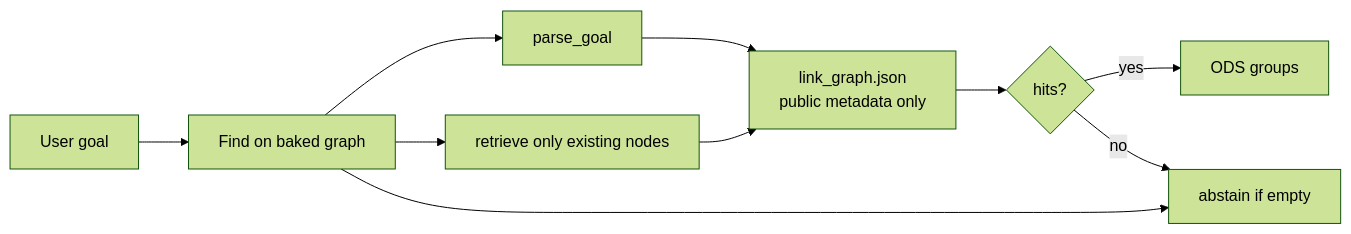
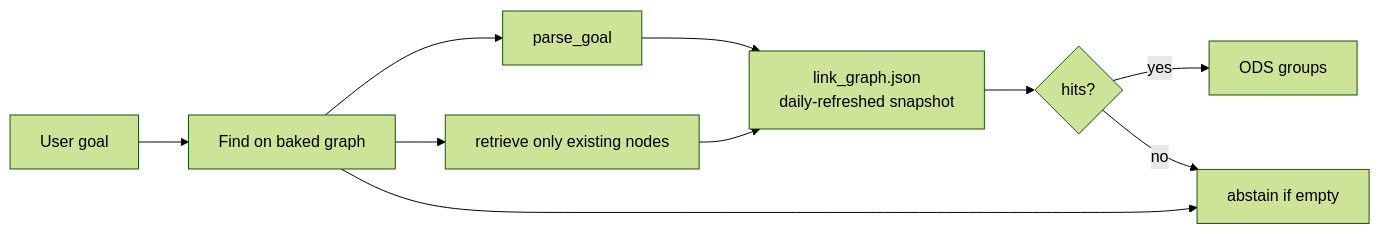
The first of 2 diagrams in README.md (qxiong888/cancer-output-atlas), drawn with Mermaid (forest theme) before and after one commit. The commit also changed other lines of this file, not shown here.

Commit message:
Describe Cancer Output Atlas as a daily-updated living catalog.

````diff
--- a/README.md
+++ b/README.md
@@ -45,12 +45,12 @@
 ```mermaid
 flowchart LR
   U["User goal"] --> A["Find on baked graph"]
   A --> P["parse_goal"]
   A --> R["retrieve only existing nodes"]
   A --> X["abstain if empty"]
-  P --> G["link_graph.json<br/>public metadata only"]
+  P --> G["link_graph.json<br/>daily-refreshed snapshot"]
   R --> G
   G --> H{hits?}
   H -->|yes| O["ODS groups"]
   H -->|no| X
 ```
````
